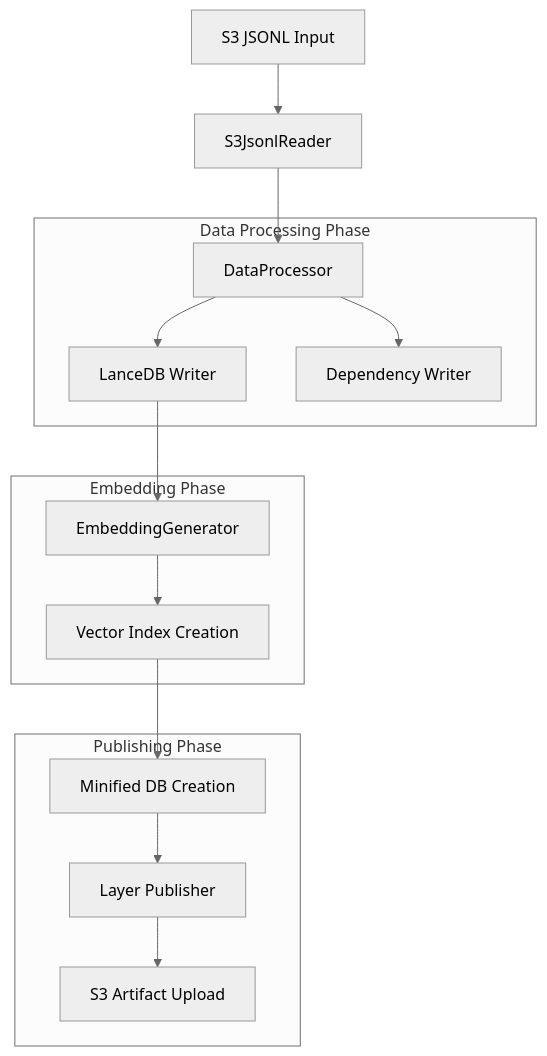
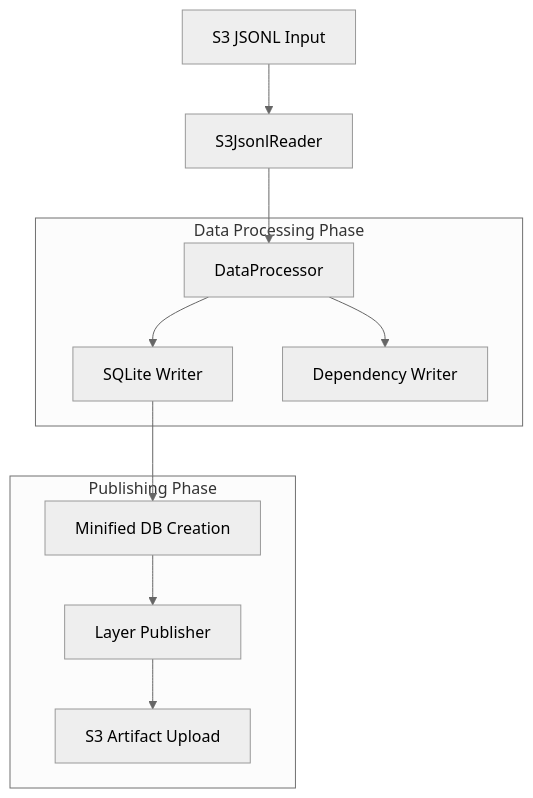
One commit to james-ralph8555/fdnix changed the first of 2 diagrams in packages/containers/nixpkgs-processor/README.md. Above: the diagram before and after it, drawn with Mermaid (neutral theme). The commit also changed other lines of this file and 17 other files, not shown here.

````diff
--- a/packages/containers/nixpkgs-processor/README.md
+++ b/packages/containers/nixpkgs-processor/README.md
@@ -9,29 +9,22 @@
 ```mermaid
 graph TB
     A[S3 JSONL Input] --> B[S3JsonlReader]
     B --> C[DataProcessor] 
-    C --> D[LanceDB Writer]
+    C --> D[SQLite Writer]
     C --> E[Dependency Writer]
-    D --> F[EmbeddingGenerator]
-    F --> G[Vector Index Creation]
-    G --> H[Minified DB Creation]
-    H --> I[Layer Publisher]
-    I --> J[S3 Artifact Upload]
+    D --> F[Minified DB Creation]
+    F --> G[Layer Publisher]
+    G --> H[S3 Artifact Upload]
     
     subgraph "Data Processing Phase"
         C
         D
         E
     end
     
-    subgraph "Embedding Phase"
+    subgraph "Publishing Phase"
         F
         G
-    end
-    
-    subgraph "Publishing Phase"
         H
-        I
-        J
     end
 ```
````
